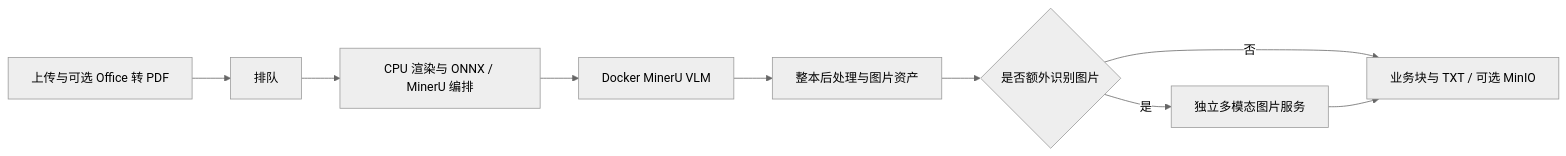
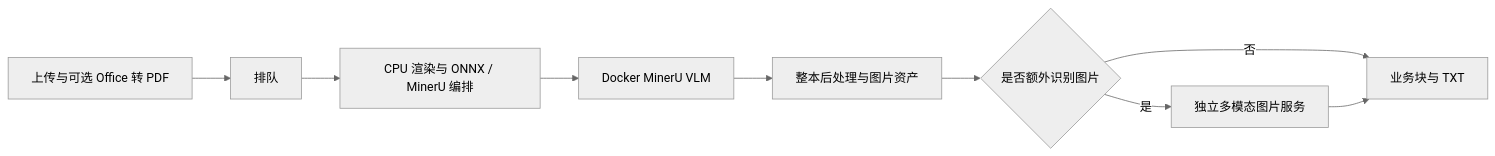
The diagram in docs/performance-tuning.md (tiangong-ai/unstructure-serve), drawn with Mermaid (neutral theme) before and after one commit. The commit also changed other lines of this file and 36 other files, not shown here.

````diff
--- a/docs/performance-tuning.md
+++ b/docs/performance-tuning.md
@@ -21,11 +21,11 @@
 ```mermaid
 flowchart LR
     A[上传与可选 Office 转 PDF] --> B[排队]
     B --> C[CPU 渲染与 ONNX / MinerU 编排]
     C --> D[Docker MinerU VLM]
     D --> E[整本后处理与图片资产]
     E --> F{是否额外识别图片}
-    F -->|否| H[业务块与 TXT / 可选 MinIO]
+    F -->|否| H[业务块与 TXT]
     F -->|是| G[独立多模态图片服务]
     G --> H
 ```
````
